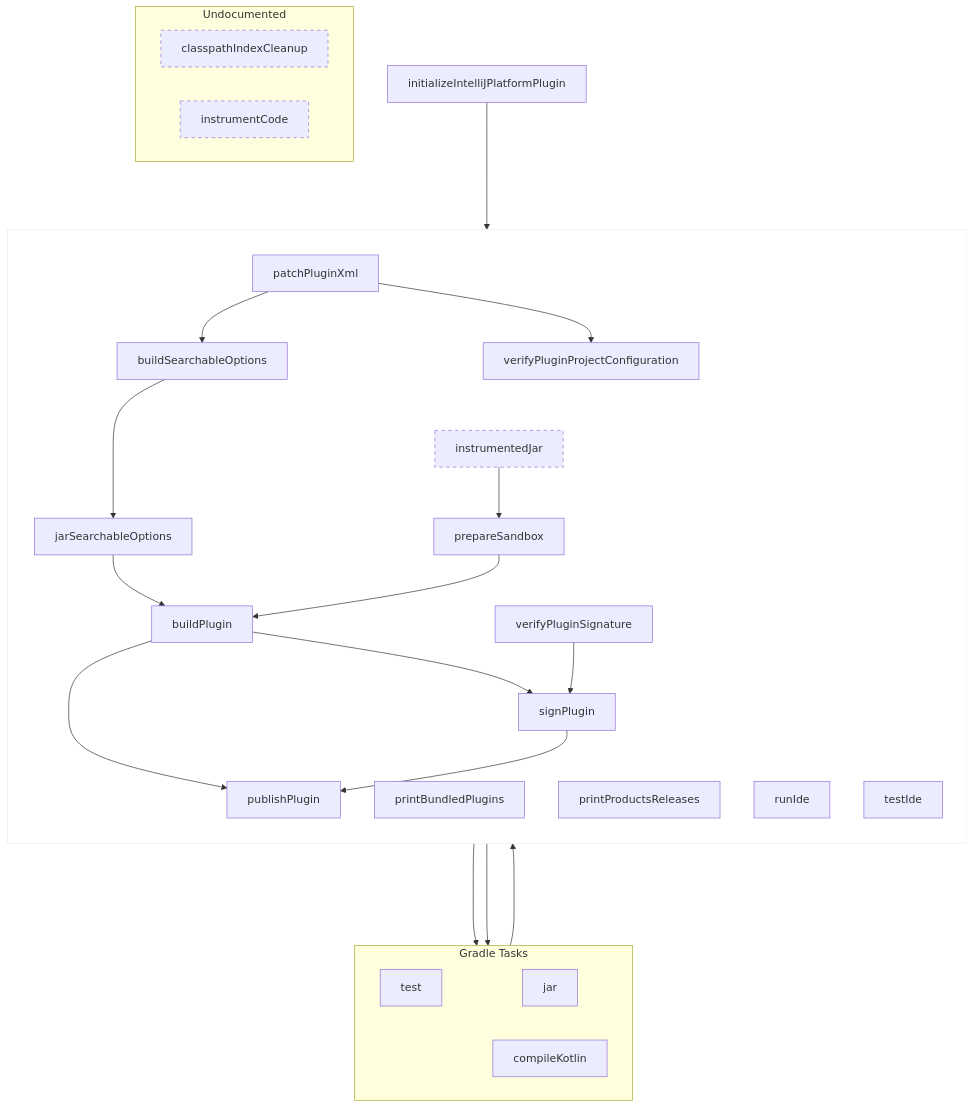
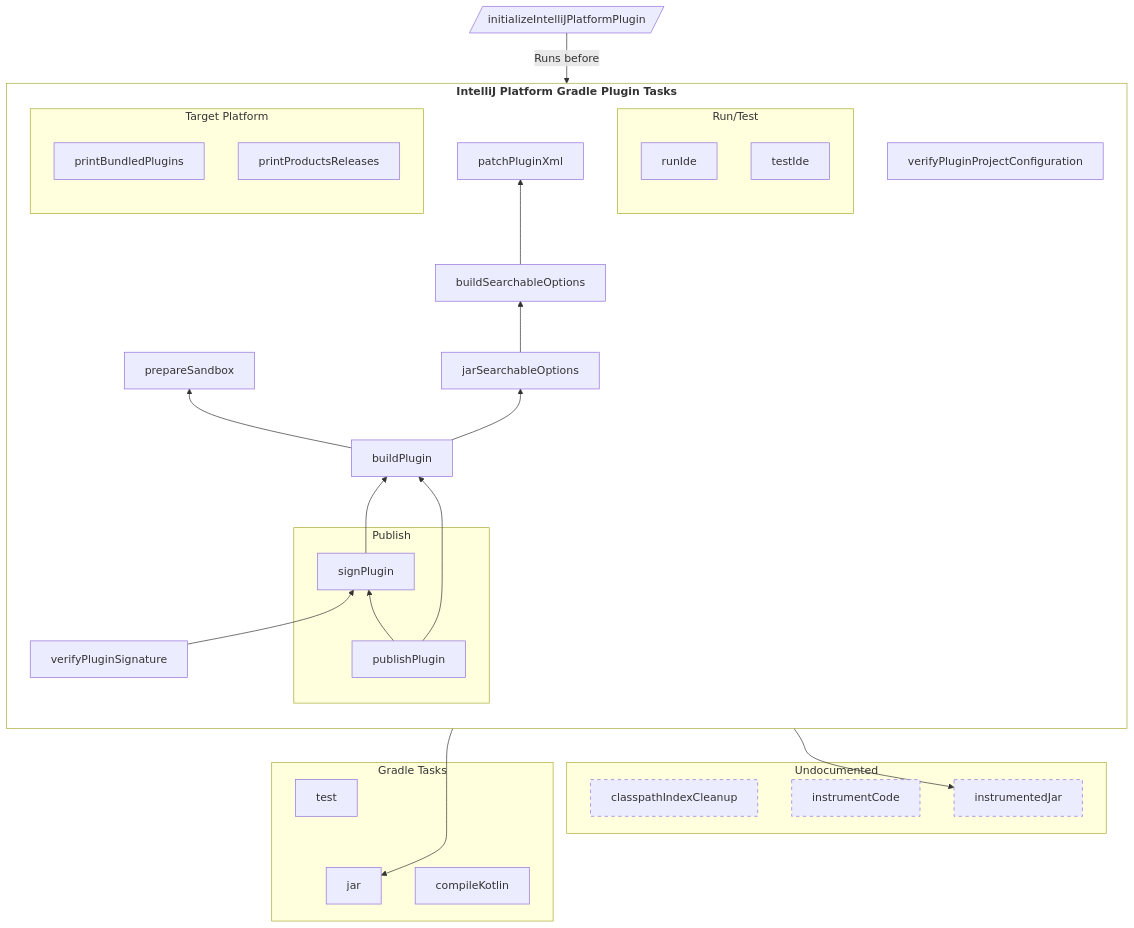
One commit to JetBrains/intellij-sdk-docs changed the diagram in topics/appendix/tools/intellij_platform_gradle_plugin/tools_intellij_platform_gradle_plugin_tasks.md. Above: the diagram before and after it, drawn with Mermaid.

Commit message:
tools_intellij_platform_gradle_plugin_tasks.md: rework task graph

````diff
--- a/topics/appendix/tools/intellij_platform_gradle_plugin/tools_intellij_platform_gradle_plugin_tasks.md
+++ b/topics/appendix/tools/intellij_platform_gradle_plugin/tools_intellij_platform_gradle_plugin_tasks.md
@@ -15,75 +15,80 @@
 ```mermaid
-flowchart TB
-    subgraph GRADLE ["Gradle Tasks"]
-        direction LR
+flowchart
 
-        test
-        jar
-        compileKotlin
-    end
-
-    subgraph ALL ["` `"]
-        direction TB
+    subgraph TASKS ["`**IntelliJ Platform Gradle Plugin Tasks**`"]
+        direction BT
 
         buildPlugin
         buildSearchableOptions
         jarSearchableOptions
         patchPluginXml
         prepareSandbox
-        printBundledPlugins
-        printProductsReleases
-        publishPlugin
-        runIde
-        signPlugin
-        testIde
         verifyPluginProjectConfiguration
+
+        subgraph PUBLISH ["Publish"]
+            publishPlugin
+            signPlugin
+        end
+
+        subgraph RUN ["Run/Test"]
+            runIde
+            testIde
+        end
         verifyPluginSignature
 
-        jarSearchableOptions & prepareSandbox --> buildPlugin
-        patchPluginXml --> buildSearchableOptions
-        buildSearchableOptions --> jarSearchableOptions
-        jar & instrumentedJar --> prepareSandbox
-        buildPlugin & signPlugin --> publishPlugin
-        buildPlugin --> signPlugin
-        patchPluginXml --> verifyPluginProjectConfiguration
-        verifyPluginProjectConfiguration ----> test & compileKotlin
+        subgraph PLATFORM ["Target Platform"]
+            printBundledPlugins
+            printProductsReleases
+        end
         verifyPluginSignature --> signPlugin
     end
 
-    initializeIntelliJPlatformPlugin ---> ALL
+    initializeIntelliJPlatformPlugin[/initializeIntelliJPlatformPlugin/] --> |Runs before| TASKS
 
     subgraph Undocumented
         classpathIndexCleanup
         instrumentCode
         instrumentedJar
     end
 
+    subgraph GRADLE ["Gradle Tasks"]
+        test
+        jar
+        compileKotlin
+    end
+
+    buildPlugin --> jarSearchableOptions & prepareSandbox
+    buildSearchableOptions --> patchPluginXml
+    jarSearchableOptions --> buildSearchableOptions
+    prepareSandbox --> jar & instrumentedJar
+    publishPlugin --> buildPlugin & signPlugin
+    signPlugin --> buildPlugin
 
     test ~~~ jar
     buildSearchableOptions ~~~ instrumentedJar
-    ALL ~~~ GRADLE
+    TASKS ~~~ GRADLE
 
     click buildPlugin "#buildPlugin"
     click buildSearchableOptions "#buildSearchableOptions"
     click classpathIndexCleanup "#classpathIndexCleanup"
     click initializeIntelliJPlatformPlugin "#initializeIntelliJPlatformPlugin"
     click instrumentCode "#instrumentCode"
     click instrumentedJar "#instrumentedJar"
     click jarSearchableOptions "#jarSearchableOptions"
     click patchPluginXml "#patchPluginXml"
     click prepareSandbox "#prepareSandbox"
     click printBundledPlugins "#printBundledPlugins"
     click printProductsReleases "#printProductsReleases"
     click publishPlugin "#publishPlugin"
     click runIde "#runIde"
     click signPlugin "#signPlugin"
     click testIde "#testIde"
     click verifyPluginProjectConfiguration "#verifyPluginProjectConfiguration"
     click verifyPluginSignature "#verifyPluginSignature"
 
     style classpathIndexCleanup stroke-dasharray: 5 5
     style instrumentCode stroke-dasharray: 5 5
     style instrumentedJar stroke-dasharray: 5 5
 
-    style ALL fill:transparent,stroke:#eee
+    style TASKS fill:transparent
 ```
````
